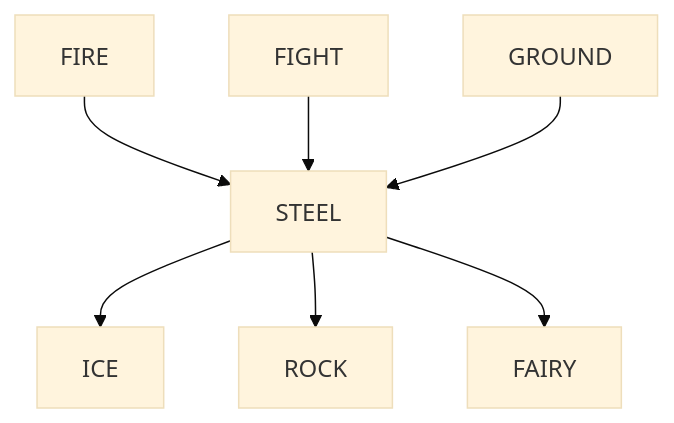
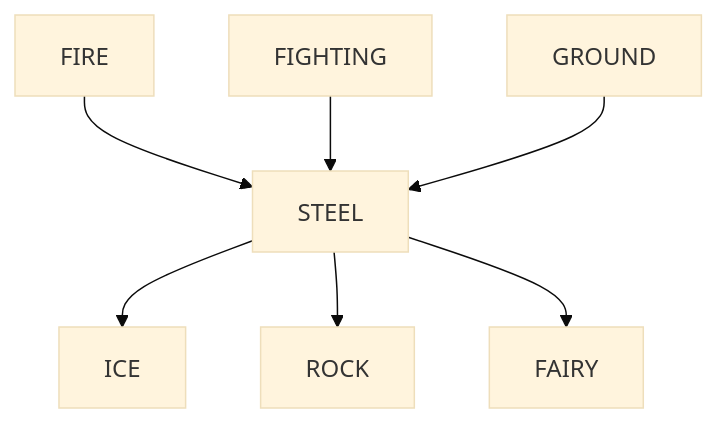
Before and after one commit to cliffano/typhlosion: diagram 17 of 18 in pokemon-type-chart/per-type.md, drawn with Mermaid (base theme). The commit also changed other lines of this file and 1 other file, not shown here.

Commit message:
Fix Fighting Pokemon type name.

````diff
--- a/pokemon-type-chart/per-type.md
+++ b/pokemon-type-chart/per-type.md
@@ -176,9 +176,9 @@
 ```mermaid
   graph TD;
       FIRE-->STEEL;
-      FIGHT-->STEEL;
+      FIGHTING-->STEEL;
       GROUND-->STEEL;
       STEEL-->ICE;
       STEEL-->ROCK;
       STEEL-->FAIRY;
 ```
````
